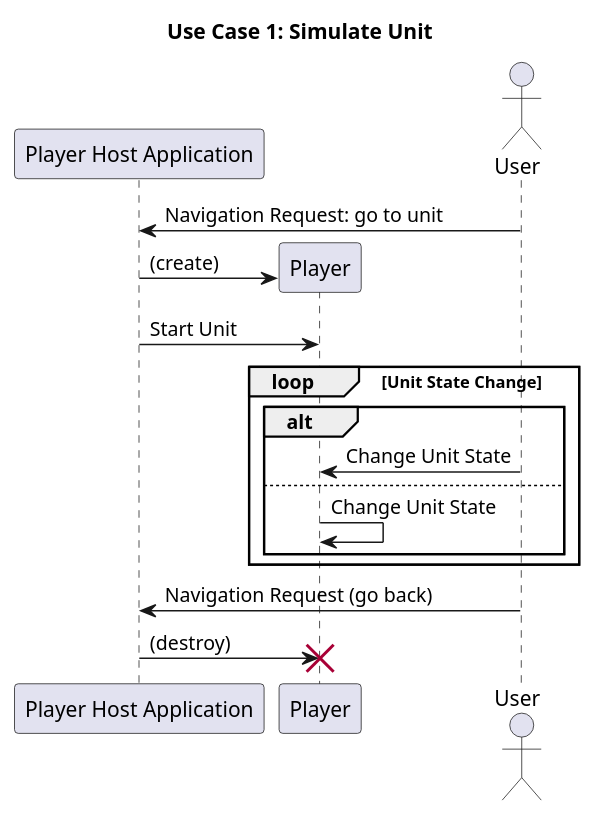
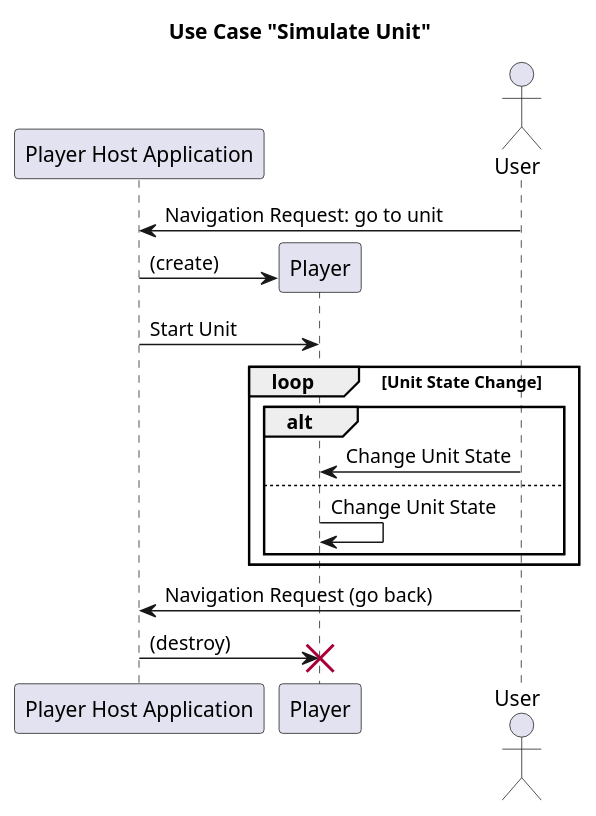
One commit to verona-interfaces/player changed the diagram in model/usecase1.puml. Above: the diagram before and after it, drawn with PlantUML. The commit also changed 19 other files, not shown here.

```diff
--- a/model/usecase1.puml
+++ b/model/usecase1.puml
@@ -1,21 +1,21 @@
 @startuml
-title Use Case 1: Simulate Unit
+title Use Case "Simulate Unit"
 participant "Player Host Application" as app
 actor User order 4
 User -> app: Navigation Request: go to unit
 create Player
 app -> Player: (create)
 
 app -> Player: Start Unit
 loop Unit State Change
     alt
         User -> Player: Change Unit State
     else
         Player -> Player: Change Unit State
     end
 end
 User -> app: Navigation Request (go back)
 app -> Player: (destroy)
 destroy Player
 
 @enduml
```
